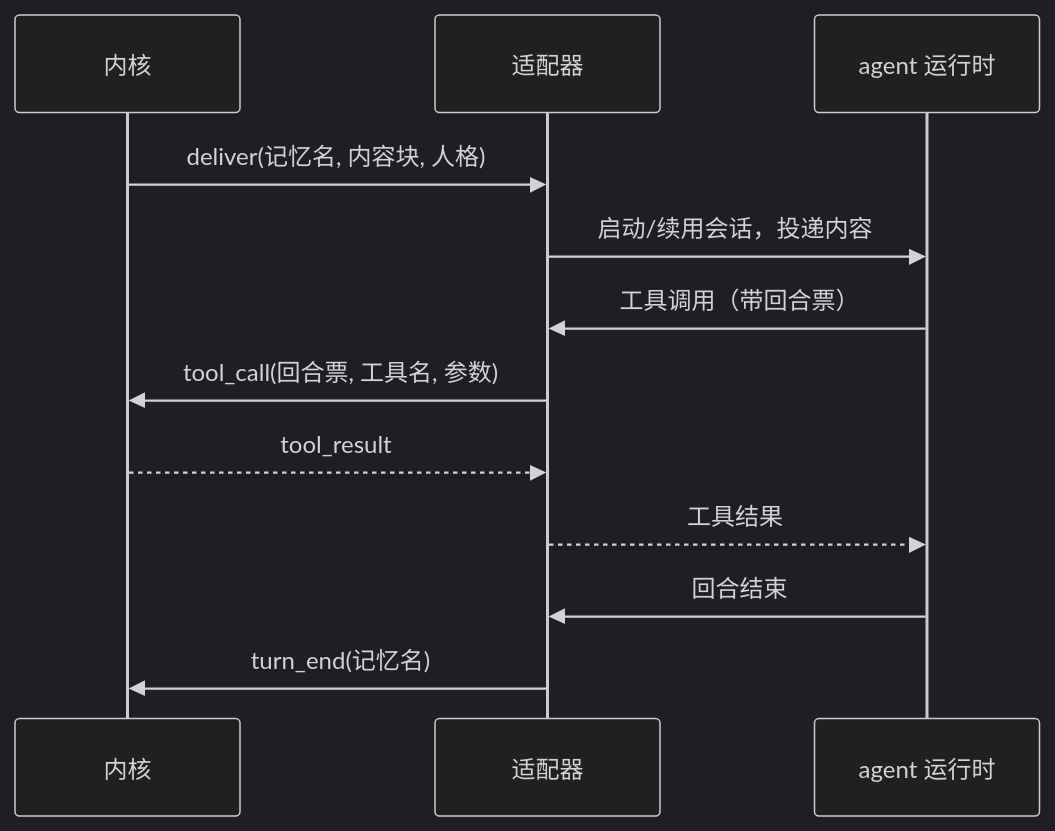
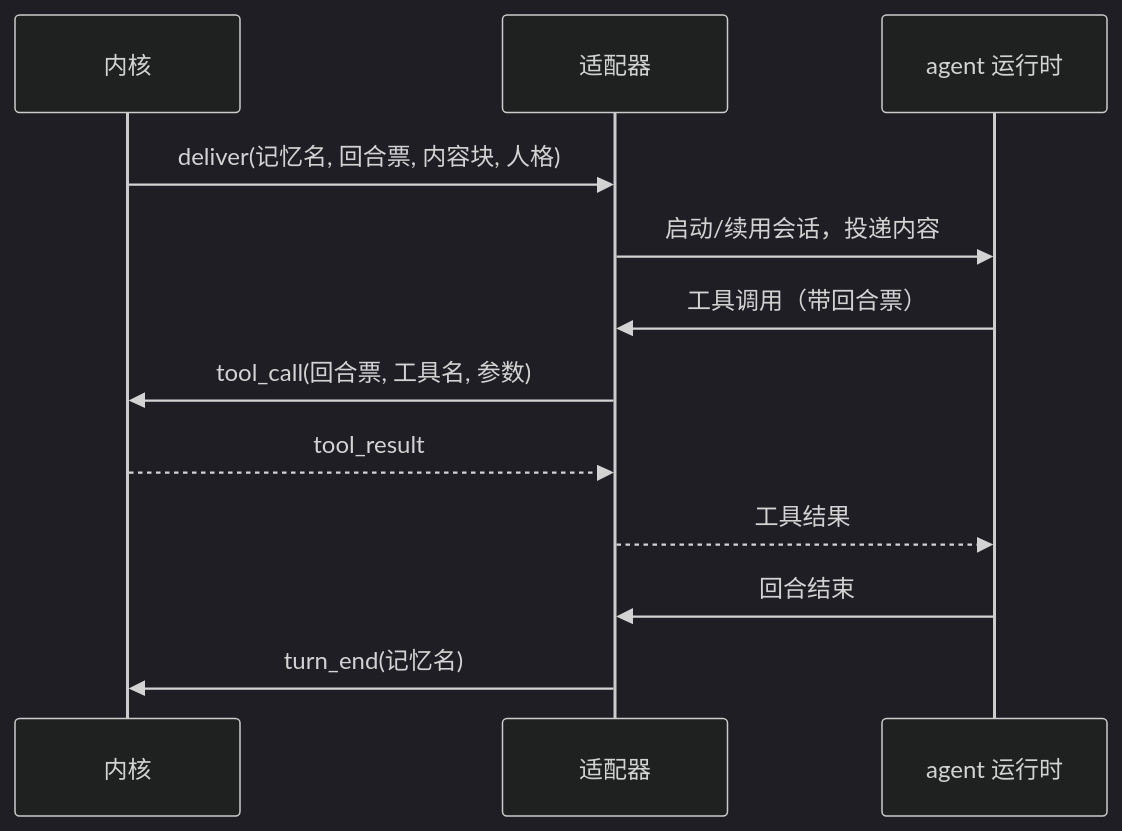
The first of 2 diagrams in docs/architecture/04-adapter.md (DataEraserC/qq-bridge), drawn with Mermaid (dark theme) before and after one commit. The commit also changed other lines of this file and 14 other files, not shown here.

````diff
--- a/docs/architecture/04-adapter.md
+++ b/docs/architecture/04-adapter.md
@@ -28,14 +28,14 @@
 ```mermaid
 sequenceDiagram
     participant K as 内核
     participant A as 适配器
     participant RT as agent 运行时
-    K->>A: deliver(记忆名, 内容块, 人格)
+    K->>A: deliver(记忆名, 回合票, 内容块, 人格)
     A->>RT: 启动/续用会话，投递内容
     RT->>A: 工具调用（带回合票）
     A->>K: tool_call(回合票, 工具名, 参数)
     K-->>A: tool_result
     A-->>RT: 工具结果
     RT->>A: 回合结束
     A->>K: turn_end(记忆名)
 ```
````
